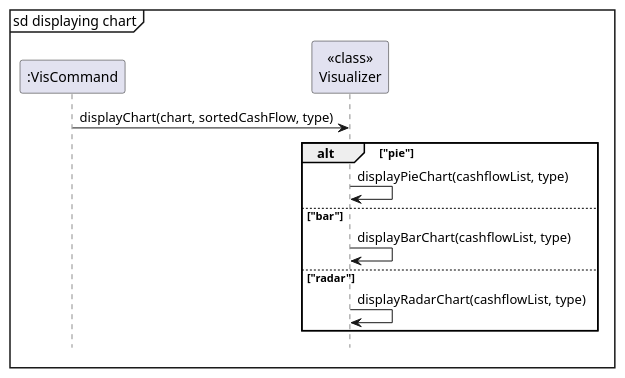
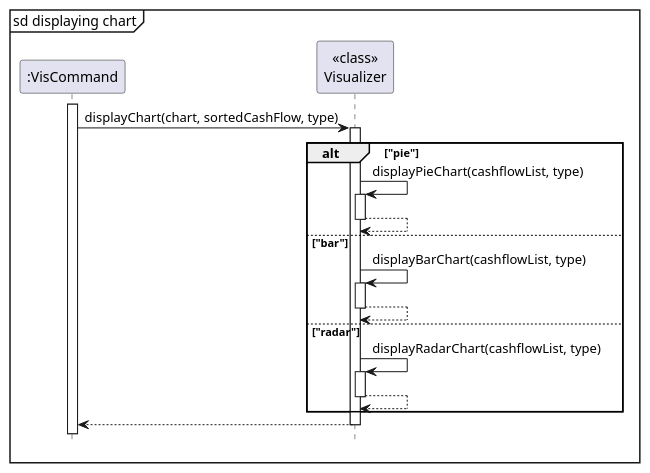
One commit to nus-cs2113-AY2324S1/tp changed the diagram in docs/diagrams/vis/visualizerSequence.puml. Above: the diagram before and after it, drawn with PlantUML. The commit also changed 1 other file, not shown here.

Commit message:
Add activation diagram

```diff
--- a/docs/diagrams/vis/visualizerSequence.puml
+++ b/docs/diagrams/vis/visualizerSequence.puml
@@ -1,24 +1,30 @@
 @startuml
 
 mainframe sd displaying chart
 
 participant ":VisCommand"
 participant "<<class>>\nVisualizer"
 
+activate ":VisCommand"
 ":VisCommand"-> "<<class>>\nVisualizer": displayChart(chart, sortedCashFlow, type)
 
-
-
+activate "<<class>>\nVisualizer"
 alt "pie"
     "<<class>>\nVisualizer" -> "<<class>>\nVisualizer": displayPieChart(cashflowList, type)
+    activate "<<class>>\nVisualizer"
+    return
 else "bar"
     "<<class>>\nVisualizer" -> "<<class>>\nVisualizer": displayBarChart(cashflowList, type)
+    activate "<<class>>\nVisualizer"
+    return
 else "radar"
     "<<class>>\nVisualizer" -> "<<class>>\nVisualizer": displayRadarChart(cashflowList, type)
+    activate "<<class>>\nVisualizer"
+    return
 end
-
+return
 
 
 hide footbox
 
 @enduml
```
